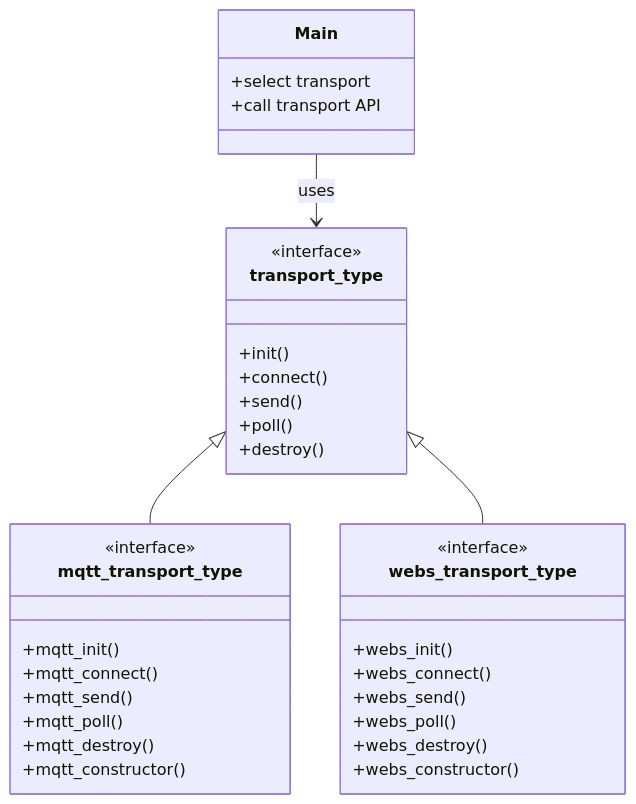
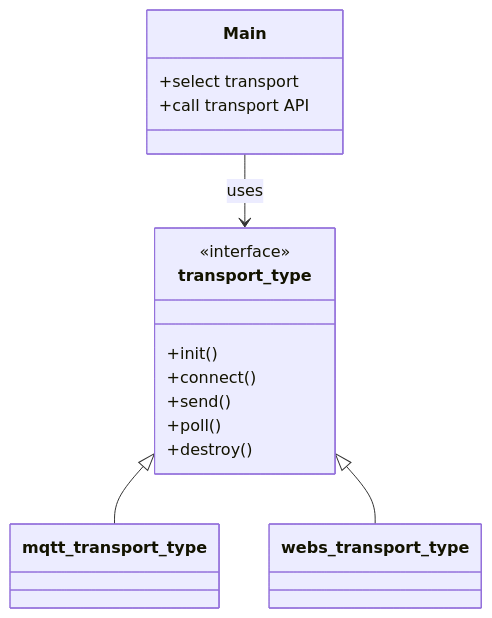
The fourth of 4 diagrams in readme.md (CyrusRaza/iot_device_sim), drawn with Mermaid before and after one commit. The commit also changed other lines of this file and 7 other files, not shown here.

````diff
--- a/readme.md
+++ b/readme.md
@@ -143,40 +143,25 @@
 ```mermaid
 classDiagram
     class Main {
         +select transport
         +call transport API
     }
 
     class transport_type {
         <<interface>>
         +init()
         +connect()
         +send()
         +poll()
         +destroy()
     }
 
-    class mqtt_transport_type{
-        <<interface>>
-        +mqtt_init()
-        +mqtt_connect()
-        +mqtt_send()
-        +mqtt_poll()
-        +mqtt_destroy()
-        +mqtt_constructor()
-    }
+    class mqtt_transport_type
 
-    class webs_transport_type{
-        <<interface>>
-        +webs_init()
-        +webs_connect()
-        +webs_send()
-        +webs_poll()
-        +webs_destroy()
-        +webs_constructor()
-    }
+
+    class webs_transport_type
 
     Main --> transport_type : uses
     transport_type <|-- mqtt_transport_type
     transport_type <|-- webs_transport_type
 ```
````
